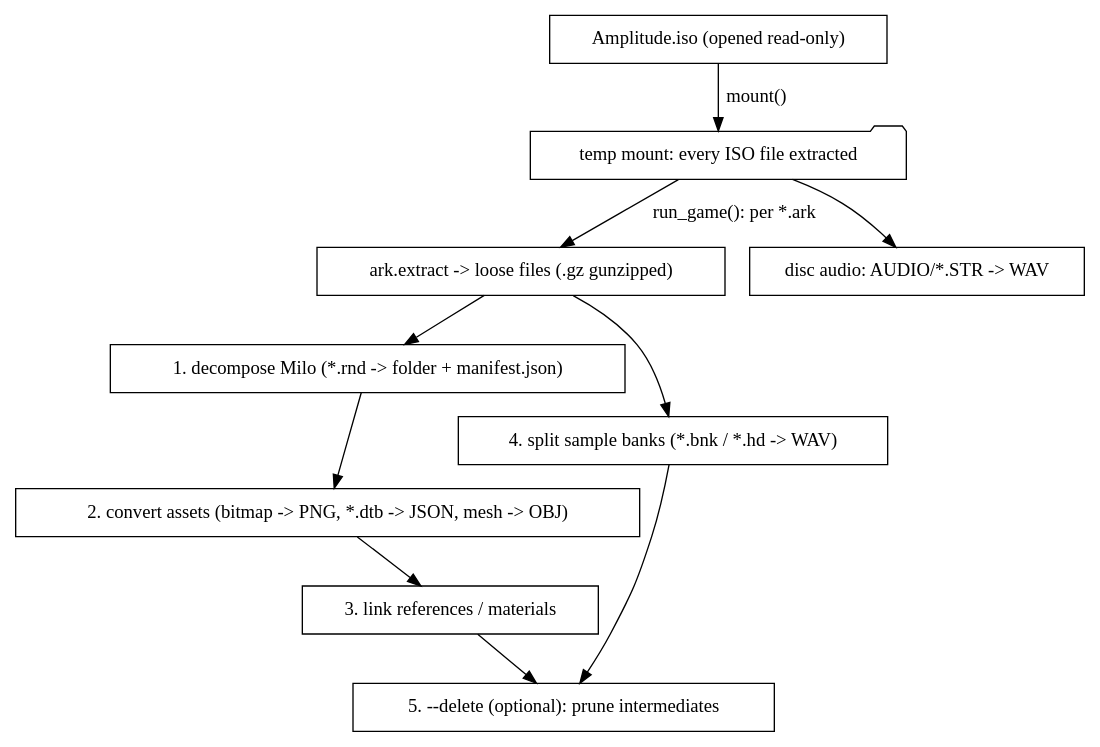
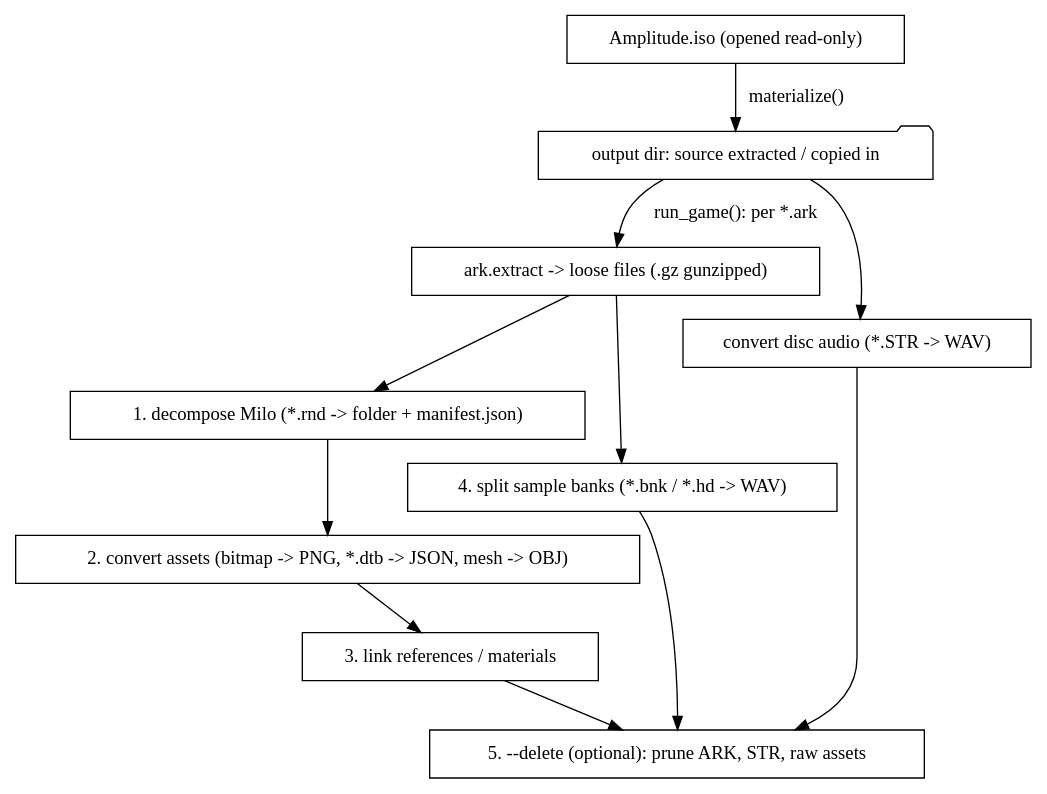
Before and after one commit to Tatsh/dade: the first of 2 diagrams in docs/harmonix.rst, drawn with Graphviz. The commit also changed other lines of this file and 8 other files, not shown here.

```diff
--- a/docs/harmonix.rst
+++ b/docs/harmonix.rst
@@ -25,23 +25,24 @@
 .. graphviz::
 
    digraph unpack {
       node [shape=box];
       iso     [label="Amplitude.iso (opened read-only)"];
-      mount   [label="temp mount: every ISO file extracted", shape=folder];
+      out     [label="output dir: source extracted / copied in", shape=folder];
       extract [label="ark.extract -> loose files (.gz gunzipped)"];
       milo    [label="1. decompose Milo (*.rnd -> folder + manifest.json)"];
       assets  [label="2. convert assets (bitmap -> PNG, *.dtb -> JSON, mesh -> OBJ)"];
       link    [label="3. link references / materials"];
       banks   [label="4. split sample banks (*.bnk / *.hd -> WAV)"];
-      delete  [label="5. --delete (optional): prune intermediates"];
-      audio   [label="disc audio: AUDIO/*.STR -> WAV"];
-      iso -> mount [label="mount()"];
-      mount -> extract [label="run_game(): per *.ark"];
+      audio   [label="convert disc audio (*.STR -> WAV)"];
+      delete  [label="5. --delete (optional): prune ARK, STR, raw assets"];
+      iso -> out [label="materialize()"];
+      out -> extract [label="run_game(): per *.ark"];
       extract -> milo;
       milo -> assets;
       assets -> link;
       extract -> banks;
+      out -> audio;
       link -> delete;
       banks -> delete;
-      mount -> audio;
+      audio -> delete;
    }
```
